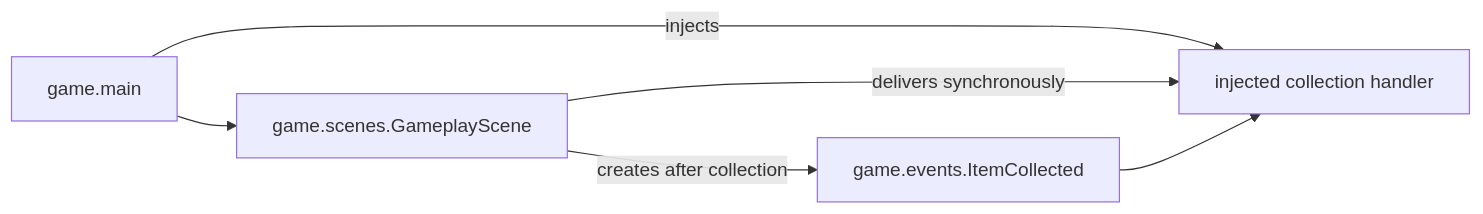
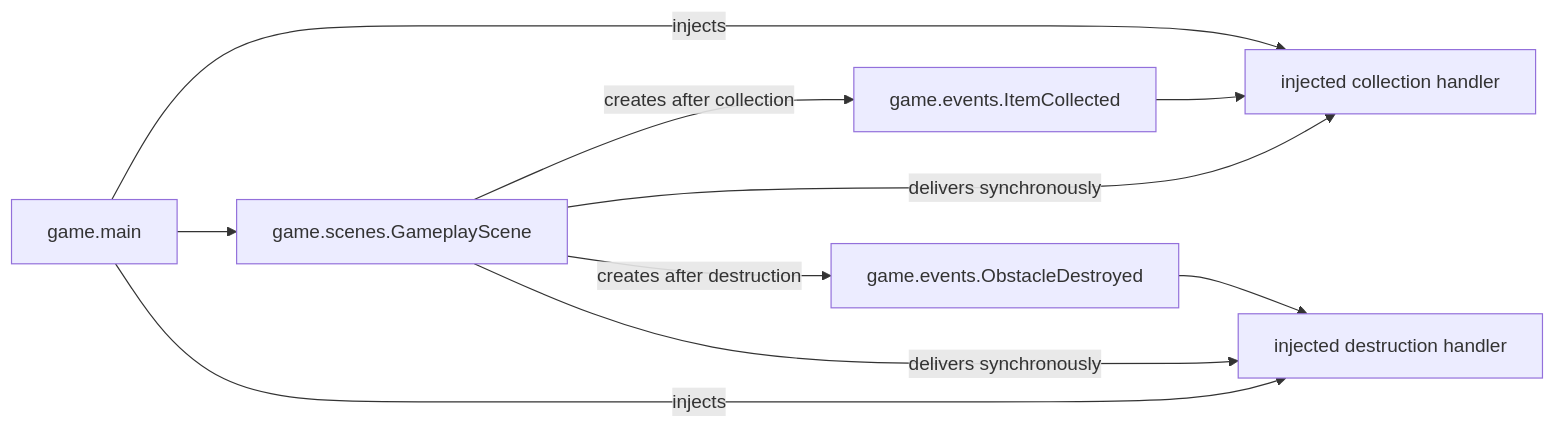
Before and after one commit to VincentMardon/my_first_adventure_game: the diagram in docs/architecture/events.md, drawn with Mermaid. The commit also changed other lines of this file and 19 other files, not shown here.

````diff
--- a/docs/architecture/events.md
+++ b/docs/architecture/events.md
@@ -43,13 +50,19 @@
 ```mermaid
 flowchart LR
     GameMain["game.main"]
     GameplayScene["game.scenes.GameplayScene"]
     ItemCollected["game.events.ItemCollected"]
+    ObstacleDestroyed["game.events.ObstacleDestroyed"]
     Handler["injected collection handler"]
+    DestructionHandler["injected destruction handler"]
 
     GameMain -->|"injects"| Handler
     GameMain --> GameplayScene
     GameplayScene -->|"creates after collection"| ItemCollected
     GameplayScene -->|"delivers synchronously"| Handler
     ItemCollected --> Handler
+    GameMain -->|"injects"| DestructionHandler
+    GameplayScene -->|"creates after destruction"| ObstacleDestroyed
+    GameplayScene -->|"delivers synchronously"| DestructionHandler
+    ObstacleDestroyed --> DestructionHandler
 ```
````
